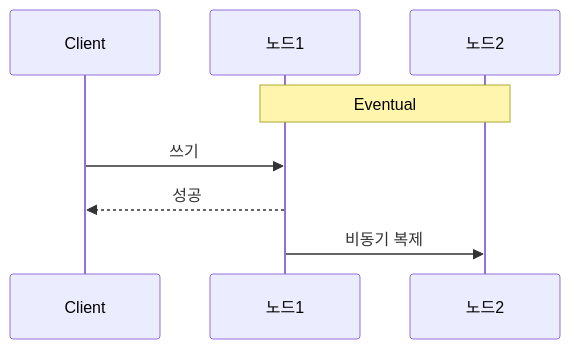
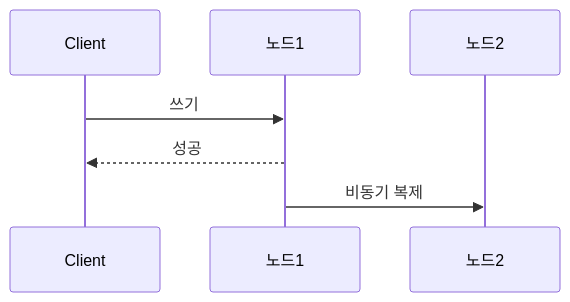
Before and after one commit to gwonmin/QuizNox_front: the second of 2 diagrams in public/handbook/core-cs/consistency-model.md, drawn with Mermaid. The commit also changed other lines of this file and 125 other files, not shown here.

````diff
--- a/public/handbook/core-cs/consistency-model.md
+++ b/public/handbook/core-cs/consistency-model.md
@@ -34,10 +36,9 @@
 ```mermaid
 sequenceDiagram
   participant C as Client
   participant N1 as 노드1
   participant N2 as 노드2
-  Note over N1,N2: Eventual
   C->>N1: 쓰기
   N1-->>C: 성공
   N1->>N2: 비동기 복제
 ```
````
